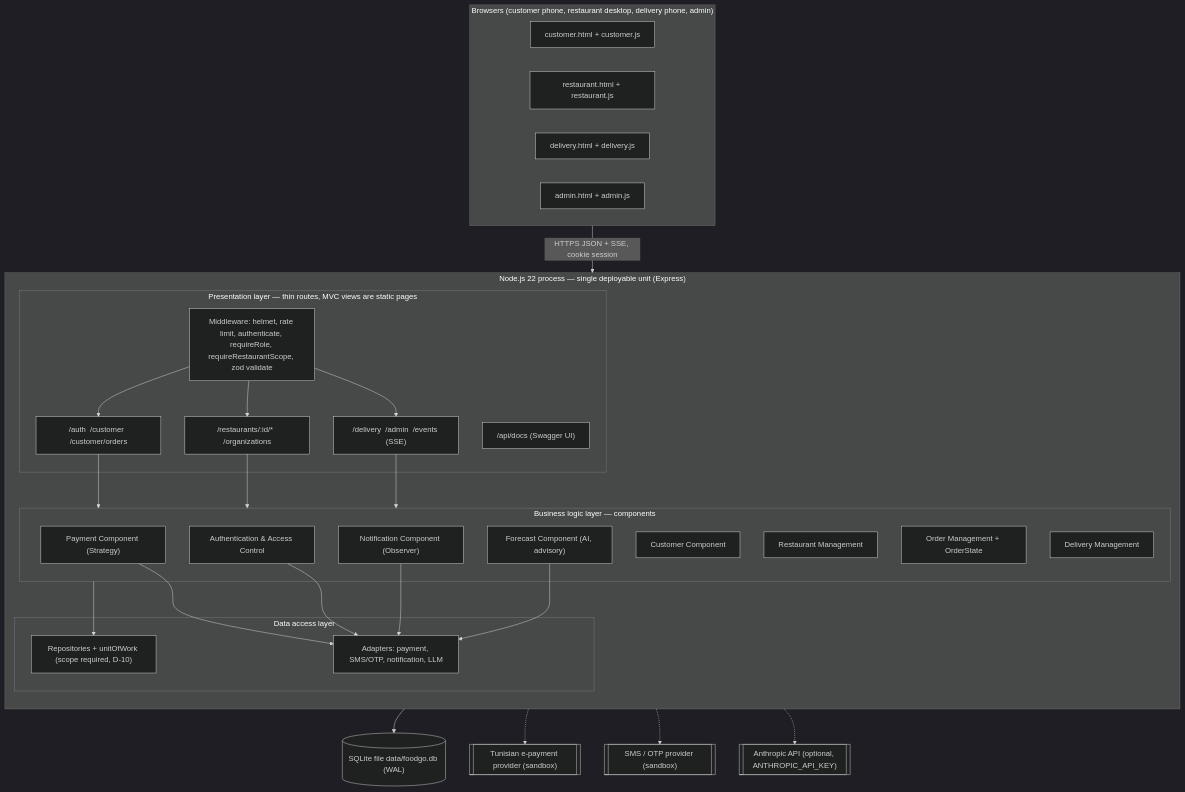
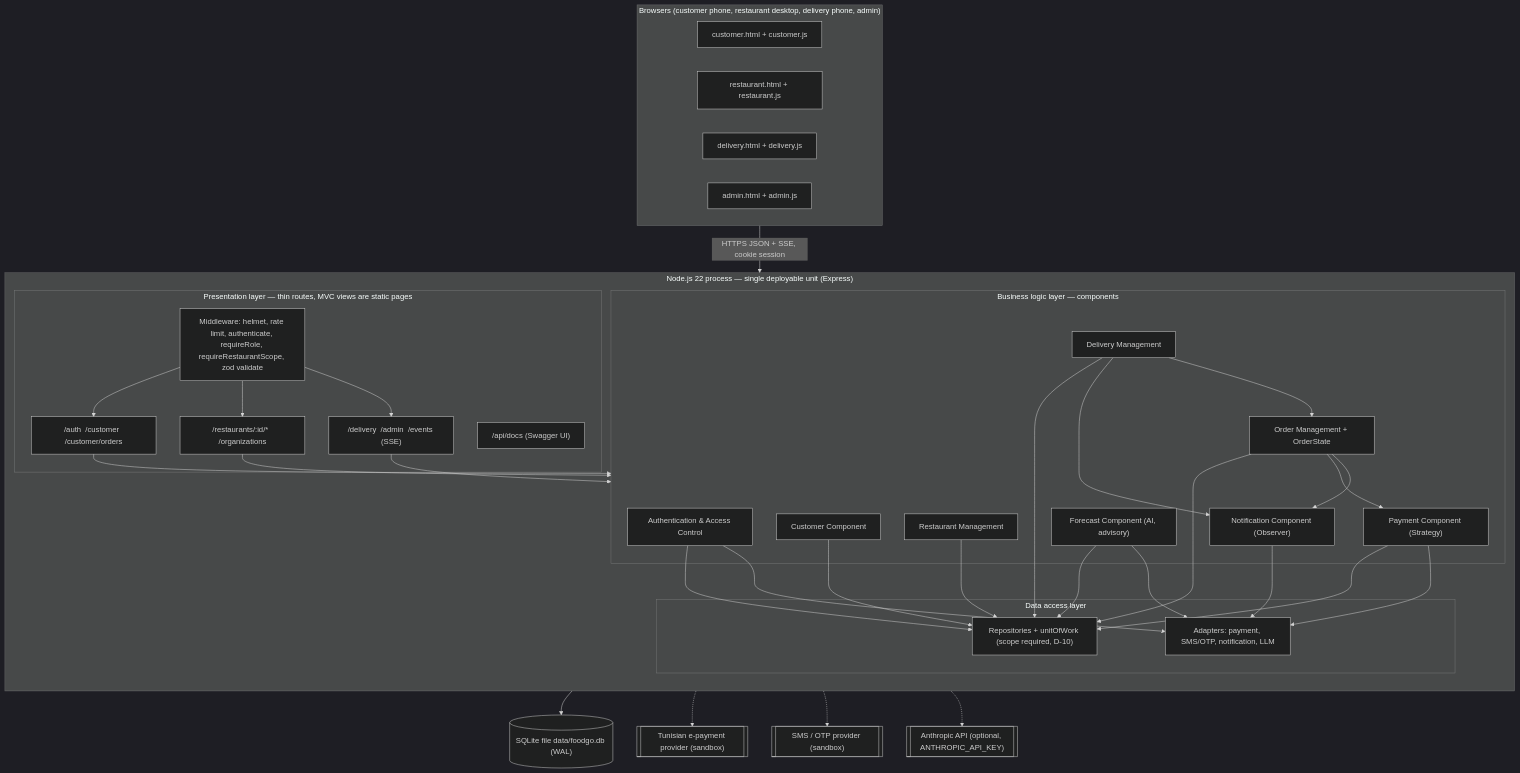
The diagram in docs/uml/component-deployment.mmd (HamzaBL04/FoodGO), drawn with Mermaid (dark theme) before and after one commit. The commit also changed 20 other files, not shown here.

```diff
--- a/docs/uml/component-deployment.mmd
+++ b/docs/uml/component-deployment.mmd
@@ -1,46 +1,49 @@
 %% FoodGO — Component and deployment diagram (SDD §2.2 layers, as built)
 flowchart TB
   subgraph Clients["Browsers (customer phone, restaurant desktop, delivery phone, admin)"]
     CUI["customer.html + customer.js"]
     RUI["restaurant.html + restaurant.js"]
     DUI["delivery.html + delivery.js"]
     AUI["admin.html + admin.js"]
   end
 
   subgraph Node["Node.js 22 process — single deployable unit (Express)"]
     direction TB
     subgraph P["Presentation layer — thin routes, MVC views are static pages"]
       MW["Middleware: helmet, rate limit, authenticate, requireRole, requireRestaurantScope, zod validate"]
       R1["/auth  /customer  /customer/orders"]
       R2["/restaurants/:id/*  /organizations"]
       R3["/delivery  /admin  /events (SSE)"]
       DOCS["/api/docs (Swagger UI)"]
     end
     subgraph B["Business logic layer — components"]
       AUTH["Authentication & Access Control"]
       CUS["Customer Component"]
       RM["Restaurant Management"]
       OM["Order Management + OrderState"]
       DM["Delivery Management"]
       PC["Payment Component (Strategy)"]
       NC["Notification Component (Observer)"]
       FC["Forecast Component (AI, advisory)"]
     end
     subgraph D["Data access layer"]
       REPO["Repositories + unitOfWork (scope required, D-10)"]
       ADP["Adapters: payment, SMS/OTP, notification, LLM"]
     end
   end
 
   DB[("SQLite file data/foodgo.db (WAL)")]
   EXT1[["Tunisian e-payment provider (sandbox)"]]
   EXT2[["SMS / OTP provider (sandbox)"]]
   EXT3[["Anthropic API (optional, ANTHROPIC_API_KEY)"]]
 
   Clients -- "HTTPS JSON + SSE, cookie session" --> MW
   MW --> R1 & R2 & R3
   R1 & R2 & R3 --> B
-  B --> REPO
+  AUTH & CUS & RM & OM & DM & PC & FC --> REPO
+  OM --> PC
+  OM & DM --> NC
+  DM --> OM
   PC & AUTH & NC & FC --> ADP
   REPO --> DB
   ADP -.-> EXT1 & EXT2 & EXT3
```
